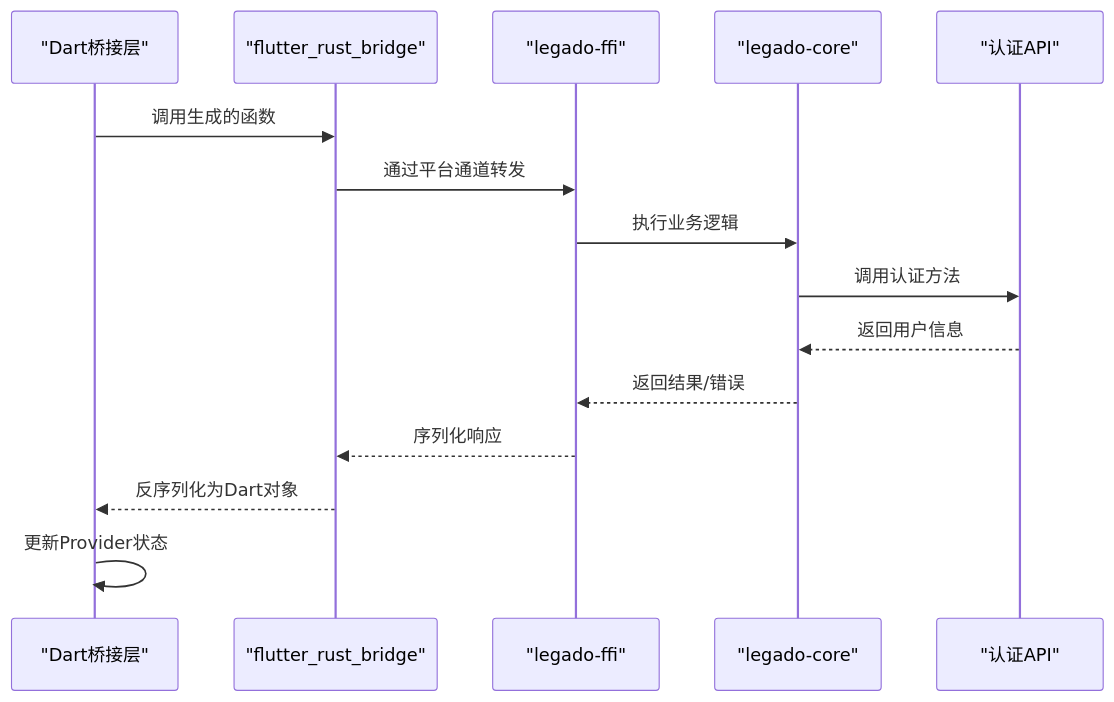
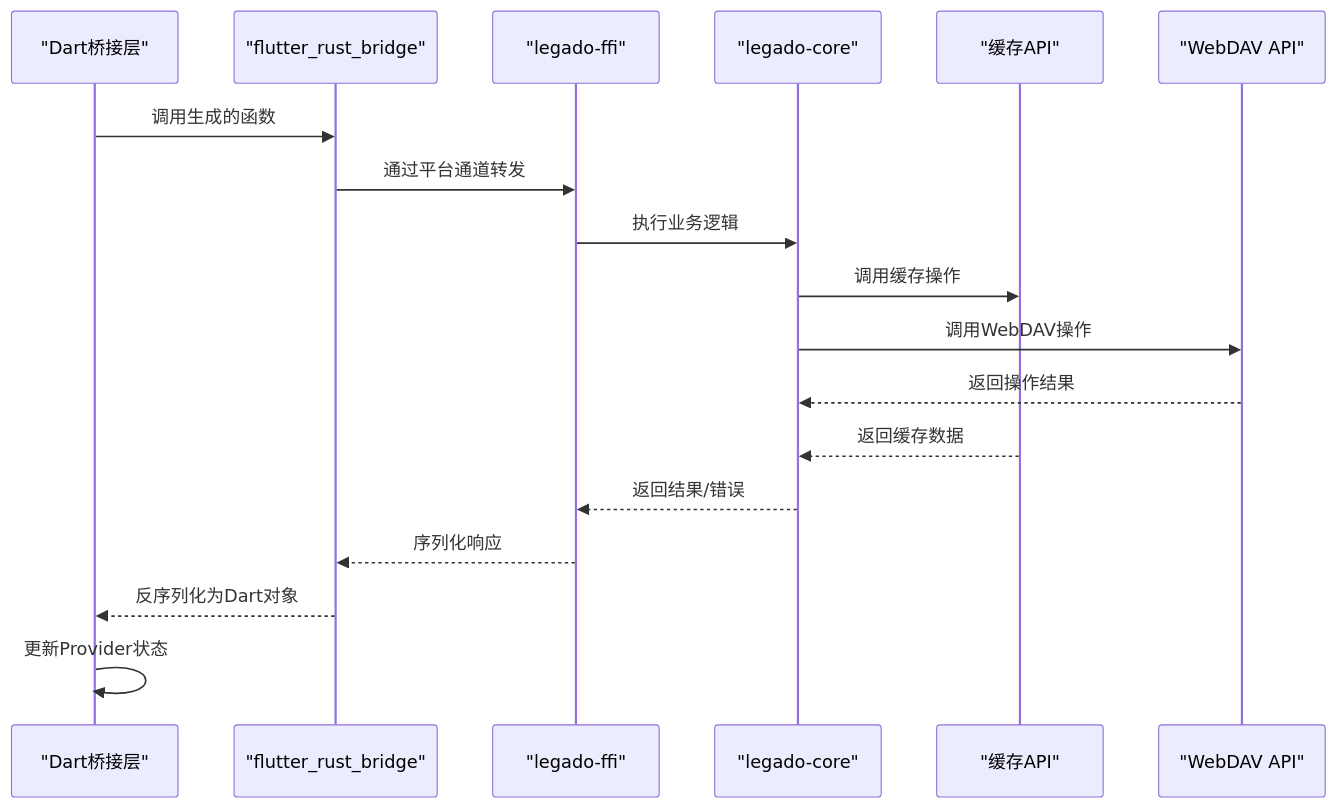
The seventh of 9 diagrams in .qoder/repowiki/zh/content/Flutter跨平台应用/Flutter跨平台应用.md (ZhangGHGitHub/LegadoTeamFlutter), drawn with Mermaid before and after one commit. The commit also changed other lines of this file and 66 other files, not shown here.

````diff
--- a/.qoder/repowiki/zh/content/Flutter跨平台应用/Flutter跨平台应用.md
+++ b/.qoder/repowiki/zh/content/Flutter跨平台应用/Flutter跨平台应用.md
@@ -333,17 +410,20 @@
 ```mermaid
 sequenceDiagram
 participant Dart as "Dart桥接层"
 participant FRB as "flutter_rust_bridge"
 participant FFI as "legado-ffi"
 participant Core as "legado-core"
-participant Auth as "认证API"
+participant Cache as "缓存API"
+participant WebDav as "WebDAV API"
 Dart->>FRB : 调用生成的函数
 FRB->>FFI : 通过平台通道转发
 FFI->>Core : 执行业务逻辑
-Core->>Auth : 调用认证方法
-Auth-->>Core : 返回用户信息
+Core->>Cache : 调用缓存操作
+Core->>WebDav : 调用WebDAV操作
+WebDav-->>Core : 返回操作结果
+Cache-->>Core : 返回缓存数据
 Core-->>FFI : 返回结果/错误
 FFI-->>FRB : 序列化响应
 FRB-->>Dart : 反序列化为Dart对象
 Dart->>Dart : 更新Provider状态
 ```
````
